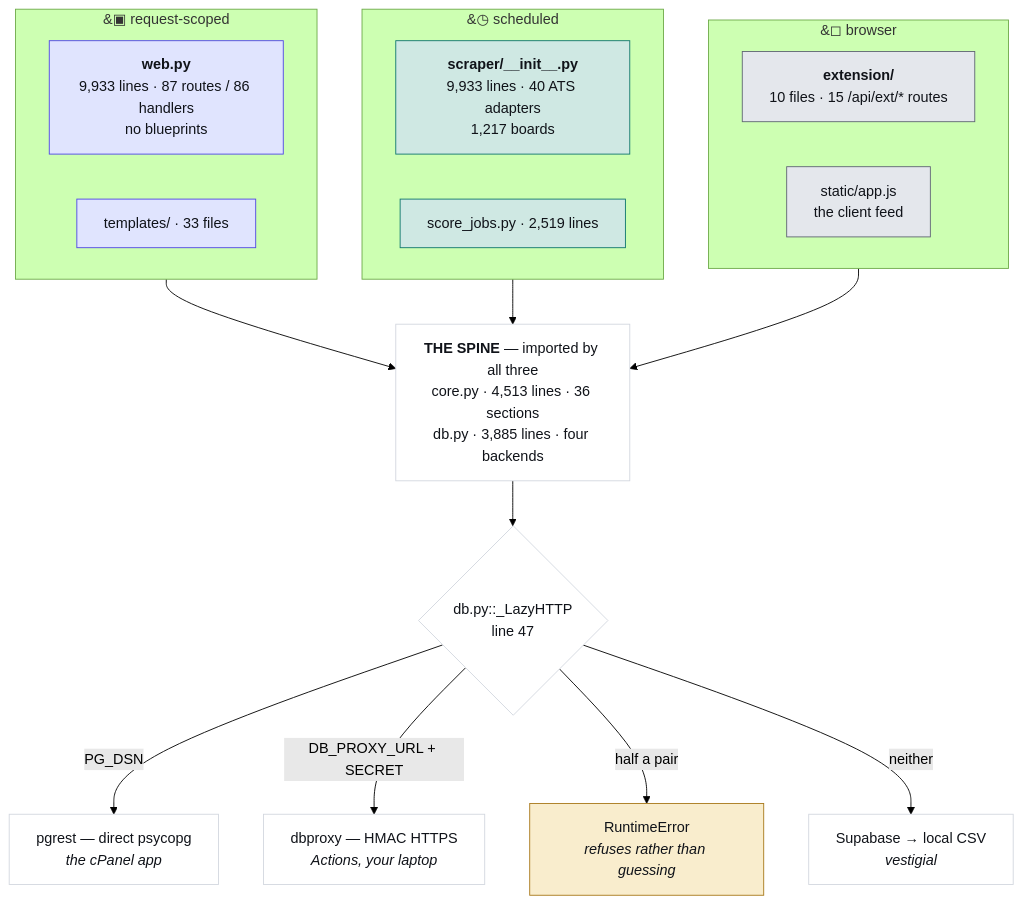
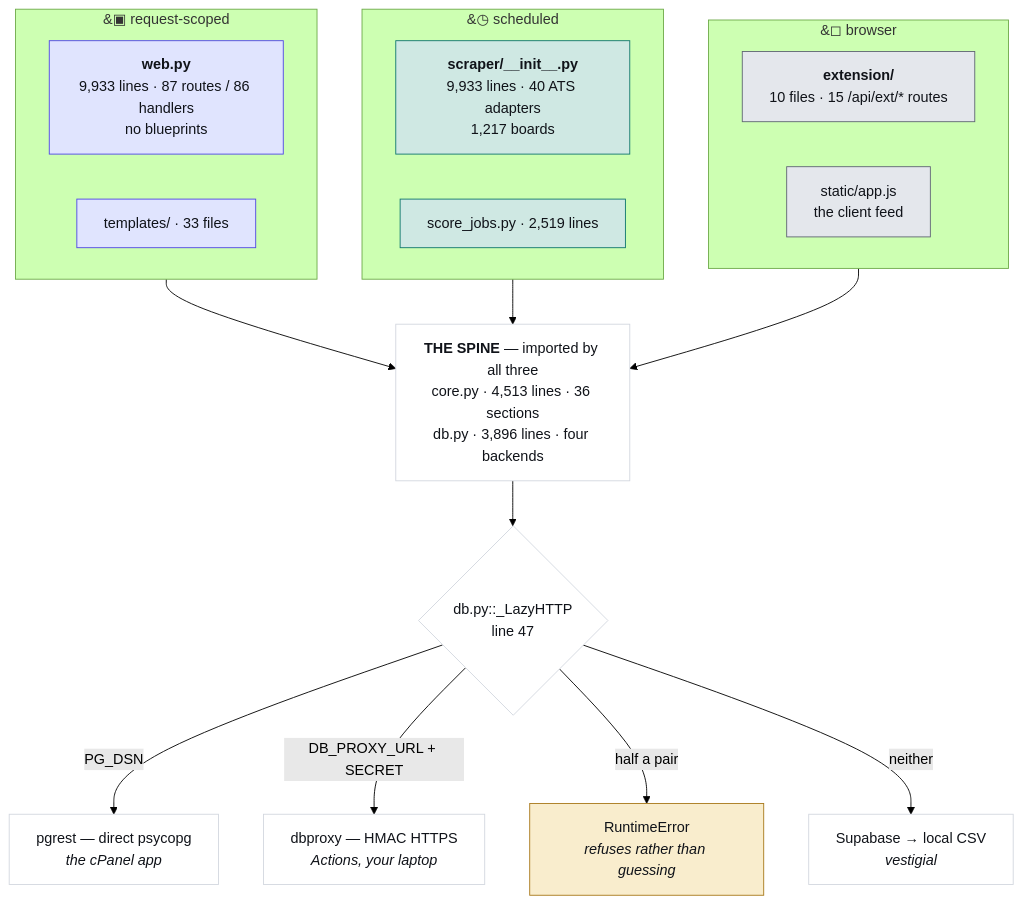
Before and after one commit to hadakunal909-debug/job-search-tool: the first of 4 diagrams in JobMatch Scraper/docs/ARCHITECTURE.md, drawn with Mermaid (forest theme). The commit also changed 7 other files, not shown here.

````diff
--- a/JobMatch Scraper/docs/ARCHITECTURE.md
+++ b/JobMatch Scraper/docs/ARCHITECTURE.md
@@ -45,34 +45,34 @@
 ```mermaid
 flowchart TB
   subgraph REQ["&#9635; request-scoped"]
     W["<b>web.py</b><br/>9,933 lines · 87 routes / 86 handlers<br/>no blueprints"]
     T["templates/ · 33 files"]
   end
   subgraph SCH["&#9719; scheduled"]
     S["<b>scraper/__init__.py</b><br/>9,933 lines · 40 ATS adapters<br/>1,217 boards"]
     J["score_jobs.py · 2,519 lines"]
   end
   subgraph CLI["&#9723; browser"]
     E["<b>extension/</b><br/>10 files · 15 /api/ext/* routes"]
     A["static/app.js<br/>the client feed"]
   end
-  SPINE["<b>THE SPINE</b> — imported by all three<br/>core.py · 4,513 lines · 36 sections<br/>db.py · 3,885 lines · four backends"]
+  SPINE["<b>THE SPINE</b> — imported by all three<br/>core.py · 4,513 lines · 36 sections<br/>db.py · 3,896 lines · four backends"]
   REQ --> SPINE
   SCH --> SPINE
   CLI --> SPINE
   SPINE --> D{"db.py::_LazyHTTP<br/>line 47"}
   D -->|"PG_DSN"| P["pgrest — direct psycopg<br/><i>the cPanel app</i>"]
   D -->|"DB_PROXY_URL + SECRET"| X["dbproxy — HMAC HTTPS<br/><i>Actions, your laptop</i>"]
   D -->|"half a pair"| R["RuntimeError<br/><i>refuses rather than guessing</i>"]
   D -->|"neither"| V["Supabase → local CSV<br/><i>vestigial</i>"]
   classDef web fill:#e0e4fe,stroke:#4f46e5,color:#101319
   classDef sched fill:#cfe8e3,stroke:#0f766e,color:#101319
   classDef client fill:#e4e7ec,stroke:#5f6573,color:#101319
   classDef trap fill:#f9edcd,stroke:#a8781a,color:#101319
   classDef plain fill:#ffffff,stroke:#d3d7df,color:#101319
   class W,T web
   class S,J sched
   class E,A client
   class R trap
   class SPINE,D,P,X,V plain
 ```
````
